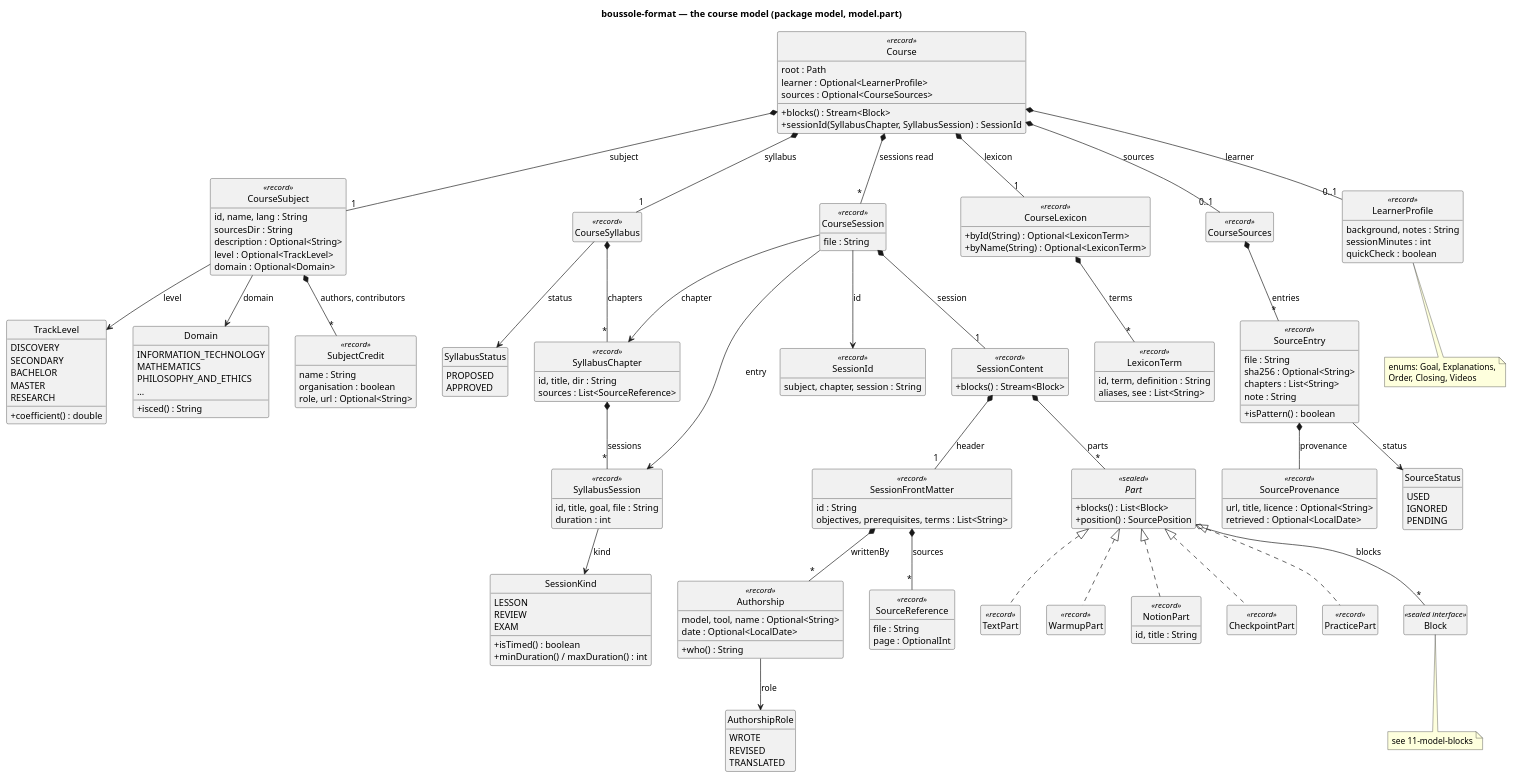
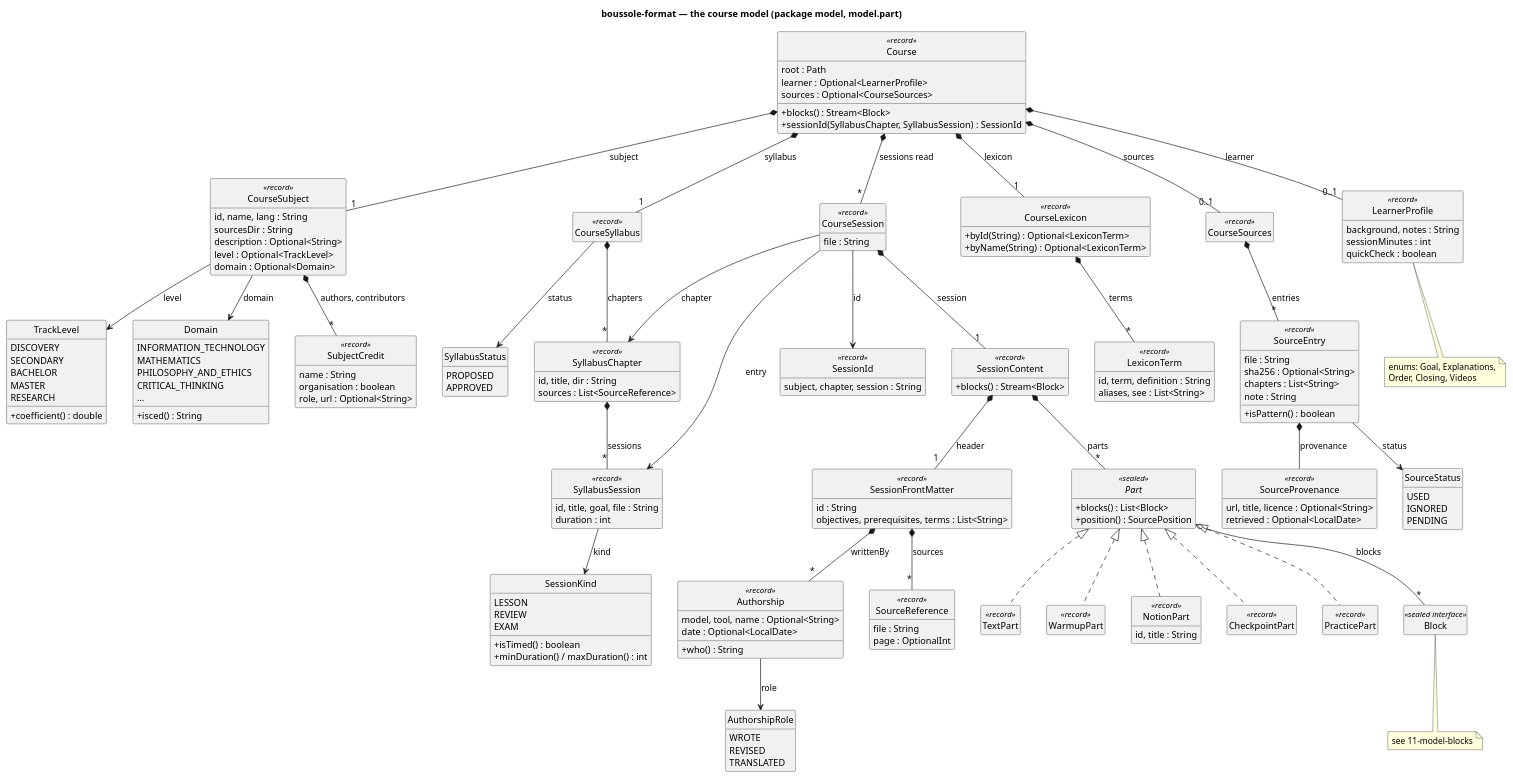
One commit to lucasssoh/Boussole changed the diagram in docs/diagrams/10-model-course.puml. Above: the diagram before and after it, drawn with PlantUML. The commit also changed 23 other files, not shown here.

Commit message:
Learn : Sage asks for three specialties at Specialist, Grand Sage for critical thinking besides, a field of Boussole's own

```diff
--- a/docs/diagrams/10-model-course.puml
+++ b/docs/diagrams/10-model-course.puml
@@ -1,174 +1,175 @@
 @startuml 10-model-course
 skinparam packageStyle rectangle
 skinparam classAttributeIconSize 0
 skinparam nodesep 40
 skinparam ranksep 50
 hide empty members
 hide circle
 title boussole-format — the course model (package model, model.part)
 
 class Course <<record>> {
   root : Path
   learner : Optional<LearnerProfile>
   sources : Optional<CourseSources>
   +blocks() : Stream<Block>
   +sessionId(SyllabusChapter, SyllabusSession) : SessionId
 }
 class CourseSubject <<record>> {
   id, name, lang : String
   sourcesDir : String
   description : Optional<String>
   level : Optional<TrackLevel>
   domain : Optional<Domain>
 }
 enum TrackLevel {
   DISCOVERY
   SECONDARY
   BACHELOR
   MASTER
   RESEARCH
   +coefficient() : double
 }
 enum Domain {
   INFORMATION_TECHNOLOGY
   MATHEMATICS
   PHILOSOPHY_AND_ETHICS
+  CRITICAL_THINKING
   …
   +isced() : String
 }
 class CourseSyllabus <<record>>
 enum SyllabusStatus {
   PROPOSED
   APPROVED
 }
 class SyllabusChapter <<record>> {
   id, title, dir : String
   sources : List<SourceReference>
 }
 class SyllabusSession <<record>> {
   id, title, goal, file : String
   duration : int
 }
 enum SessionKind {
   LESSON
   REVIEW
   EXAM
   +isTimed() : boolean
   +minDuration() / maxDuration() : int
 }
 class SessionId <<record>> {
   subject, chapter, session : String
 }
 class CourseLexicon <<record>> {
   +byId(String) : Optional<LexiconTerm>
   +byName(String) : Optional<LexiconTerm>
 }
 class LexiconTerm <<record>> {
   id, term, definition : String
   aliases, see : List<String>
 }
 class CourseSources <<record>>
 class SourceEntry <<record>> {
   file : String
   sha256 : Optional<String>
   chapters : List<String>
   note : String
   +isPattern() : boolean
 }
 class Authorship <<record>> {
   model, tool, name : Optional<String>
   date : Optional<LocalDate>
   +who() : String
 }
 enum AuthorshipRole {
   WROTE
   REVISED
   TRANSLATED
 }
 class SubjectCredit <<record>> {
   name : String
   organisation : boolean
   role, url : Optional<String>
 }
 class SourceProvenance <<record>> {
   url, title, licence : Optional<String>
   retrieved : Optional<LocalDate>
 }
 enum SourceStatus {
   USED
   IGNORED
   PENDING
 }
 class LearnerProfile <<record>> {
   background, notes : String
   sessionMinutes : int
   quickCheck : boolean
 }
 note bottom of LearnerProfile
   enums: Goal, Explanations,
   Order, Closing, Videos
 end note
 class CourseSession <<record>> {
   file : String
 }
 class SessionContent <<record>> {
   +blocks() : Stream<Block>
 }
 class SessionFrontMatter <<record>> {
   id : String
   objectives, prerequisites, terms : List<String>
 }
 class SourceReference <<record>> {
   file : String
   page : OptionalInt
 }
 
 interface Part <<sealed>> {
   +blocks() : List<Block>
   +position() : SourcePosition
 }
 class TextPart <<record>>
 class WarmupPart <<record>>
 class NotionPart <<record>> {
   id, title : String
 }
 class CheckpointPart <<record>>
 class PracticePart <<record>>
 
 Course *-- "1" CourseSubject : subject
 CourseSubject --> TrackLevel : level
 CourseSubject --> Domain : domain
 Course *-- "1" CourseSyllabus : syllabus
 Course *-- "1" CourseLexicon : lexicon
 Course *-- "0..1" LearnerProfile : learner
 Course *-- "0..1" CourseSources : sources
 CourseSources *-- "*" SourceEntry : entries
 SourceEntry --> SourceStatus : status
 SourceEntry *-- SourceProvenance : provenance
 Course *-- "*" CourseSession : sessions read
 CourseSyllabus *-- "*" SyllabusChapter : chapters
 CourseSyllabus --> SyllabusStatus : status
 SyllabusChapter *-- "*" SyllabusSession : sessions
 SyllabusSession --> SessionKind : kind
 CourseLexicon *-- "*" LexiconTerm : terms
 CourseSession --> SessionId : id
 CourseSession --> SyllabusChapter : chapter
 CourseSession --> SyllabusSession : entry
 CourseSession *-- "1" SessionContent : session
 SessionContent *-- "1" SessionFrontMatter : header
 SessionContent *-- "*" Part : parts
 SessionFrontMatter *-- "*" SourceReference : sources
 Part <|.. TextPart
 Part <|.. WarmupPart
 Part <|.. NotionPart
 Part <|.. CheckpointPart
 Part <|.. PracticePart
 Part o-- "*" Block : blocks
 
 class Block <<sealed interface>>
 note bottom of Block : see 11-model-blocks
 CourseSubject *-- "*" SubjectCredit : authors, contributors
 SessionFrontMatter *-- "*" Authorship : writtenBy
 Authorship --> AuthorshipRole : role
 
 @enduml
```
